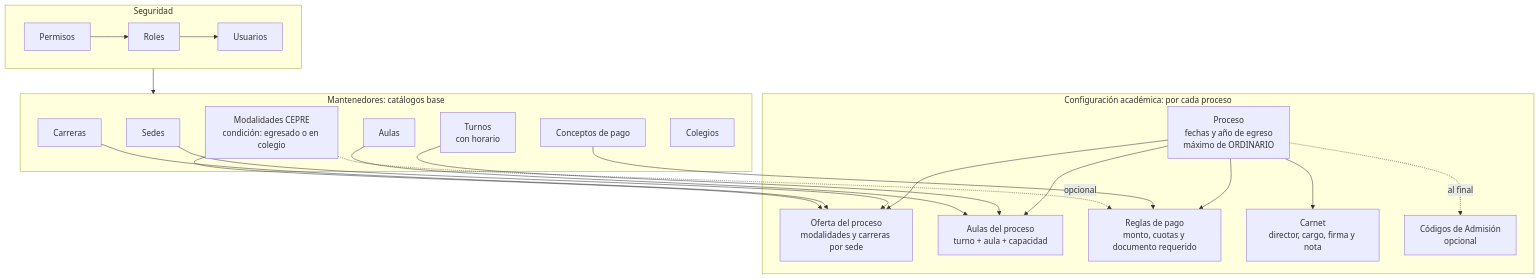
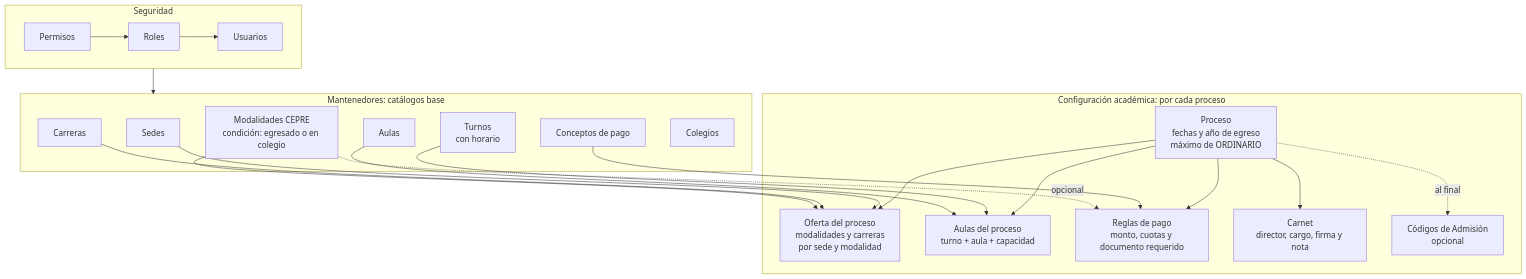
One commit to soujamt/cepre-unu changed the third of 12 diagrams in FLUJO_PROCESOS_CEPRE.md. Above: the diagram before and after it, drawn with Mermaid. The commit also changed other lines of this file and 33 other files, not shown here.

First line of the commit message:
feat: carreras por modalidad, modalidad manual, pagos faltantes del TXT y foto en el asistente

````diff
--- a/FLUJO_PROCESOS_CEPRE.md
+++ b/FLUJO_PROCESOS_CEPRE.md
@@ -96,33 +96,33 @@
 ```mermaid
 flowchart TD
     subgraph SEG["Seguridad"]
         S1[Permisos] --> S2[Roles] --> S3[Usuarios]
     end
 
     subgraph MAN["Mantenedores: catálogos base"]
         M1[Sedes]
         M2[Carreras]
         M3["Modalidades CEPRE<br/>condición: egresado o en colegio"]
         M4["Turnos<br/>con horario"]
         M5[Aulas]
         M6[Conceptos de pago]
         M7[Colegios]
     end
 
     subgraph CFG["Configuración académica: por cada proceso"]
-        C1["Proceso<br/>fechas y año de egreso<br/>máximo de ORDINARIO"] --> C2["Oferta del proceso<br/>modalidades y carreras por sede"]
+        C1["Proceso<br/>fechas y año de egreso<br/>máximo de ORDINARIO"] --> C2["Oferta del proceso<br/>modalidades y carreras<br/>por sede y modalidad"]
         C1 --> C3["Aulas del proceso<br/>turno + aula + capacidad"]
         C1 --> C4["Reglas de pago<br/>monto, cuotas y documento requerido"]
         C1 --> C5["Carnet<br/>director, cargo, firma y nota"]
         C1 -.al final.-> C6["Códigos de Admisión<br/>opcional"]
     end
 
     SEG --> MAN
     M1 --> C2
     M2 --> C2
     M3 --> C2
     M4 --> C3
     M5 --> C3
     M6 --> C4
     M3 -.opcional.-> C4
 ```
````
